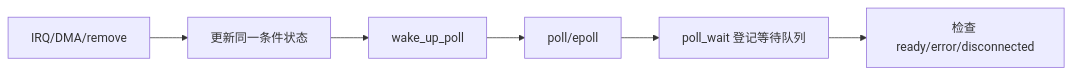
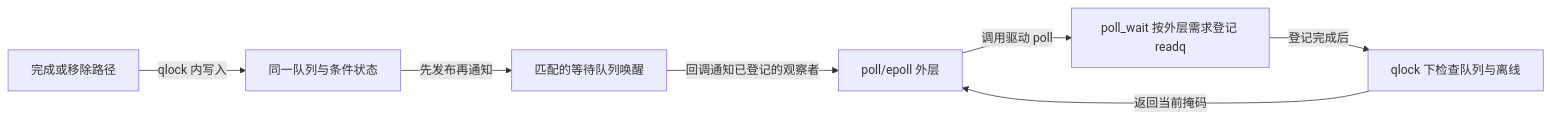
Before and after one commit to FormingSystem/linux_note: the second of 2 diagrams in knowledge/driver_model/character_device/P06_阻塞_poll与异步通知.md, drawn with Mermaid. The commit also changed other lines of this file and 7 other files, not shown here.

````diff
--- a/knowledge/driver_model/character_device/P06_阻塞_poll与异步通知.md
+++ b/knowledge/driver_model/character_device/P06_阻塞_poll与异步通知.md
@@ -44,8 +61,9 @@
 ```mermaid
 flowchart LR
-    EP["poll/epoll"] --> REG["poll_wait 登记等待队列"]
-    REG --> CHECK["检查 ready/error/disconnected"]
-    IRQ["IRQ/DMA/remove"] --> UPDATE["更新同一条件状态"]
-    UPDATE --> WAKE["wake_up_poll"]
-    WAKE --> EP
+    EP["poll/epoll 外层"] -->|调用驱动 poll| REG["poll_wait 按外层需求登记 readq"]
+    REG -->|登记完成后| CHECK["qlock 下检查队列与离线"]
+    CHECK -->|返回当前掩码| EP
+    IRQ["完成或移除路径"] -->|qlock 内写入| UPDATE["同一队列与条件状态"]
+    UPDATE -->|先发布再通知| WAKE["匹配的等待队列唤醒"]
+    WAKE -->|回调通知已登记的观察者| EP
 ```
````
